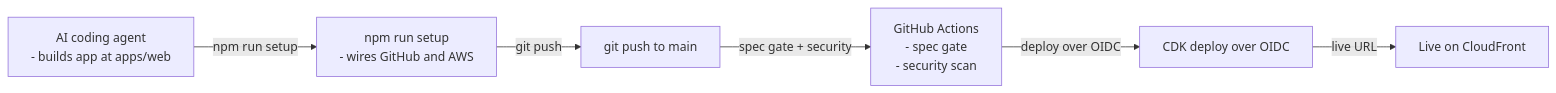
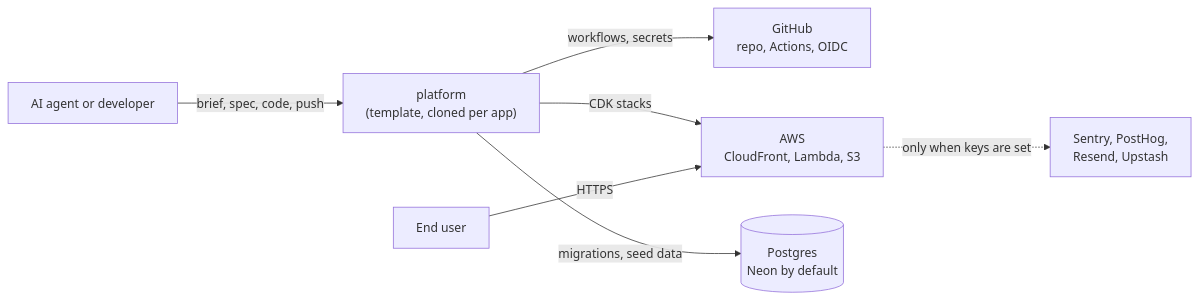
Before and after one commit to elleskay/platform: the first of 6 diagrams in README.md, drawn with Mermaid. The commit also changed other lines of this file, not shown here.

````diff
--- a/README.md
+++ b/README.md
@@ -88,8 +79,9 @@
 ```mermaid
 flowchart LR
-  Agent["AI coding agent<br/>- builds app at apps/web"] -->|"npm run setup"| Setup["npm run setup<br/>- wires GitHub and AWS"]
-  Setup -->|"git push"| Push["git push to main"]
-  Push -->|"spec gate + security"| Gate["GitHub Actions<br/>- spec gate<br/>- security scan"]
-  Gate -->|"deploy over OIDC"| Deploy["CDK deploy over OIDC"]
-  Deploy -->|"live URL"| Live["Live on CloudFront"]
+  Agent["AI agent or developer"] -->|"brief, spec, code, push"| P["platform<br/>(template, cloned per app)"]
+  P -->|"workflows, secrets"| GH["GitHub<br/>repo, Actions, OIDC"]
+  P -->|"CDK stacks"| AWS["AWS<br/>CloudFront, Lambda, S3"]
+  P -->|"migrations, seed data"| DB[("Postgres<br/>Neon by default")]
+  User["End user"] -->|"HTTPS"| AWS
+  AWS -.->|"only when keys are set"| SaaS["Sentry, PostHog,<br/>Resend, Upstash"]
 ```
````
